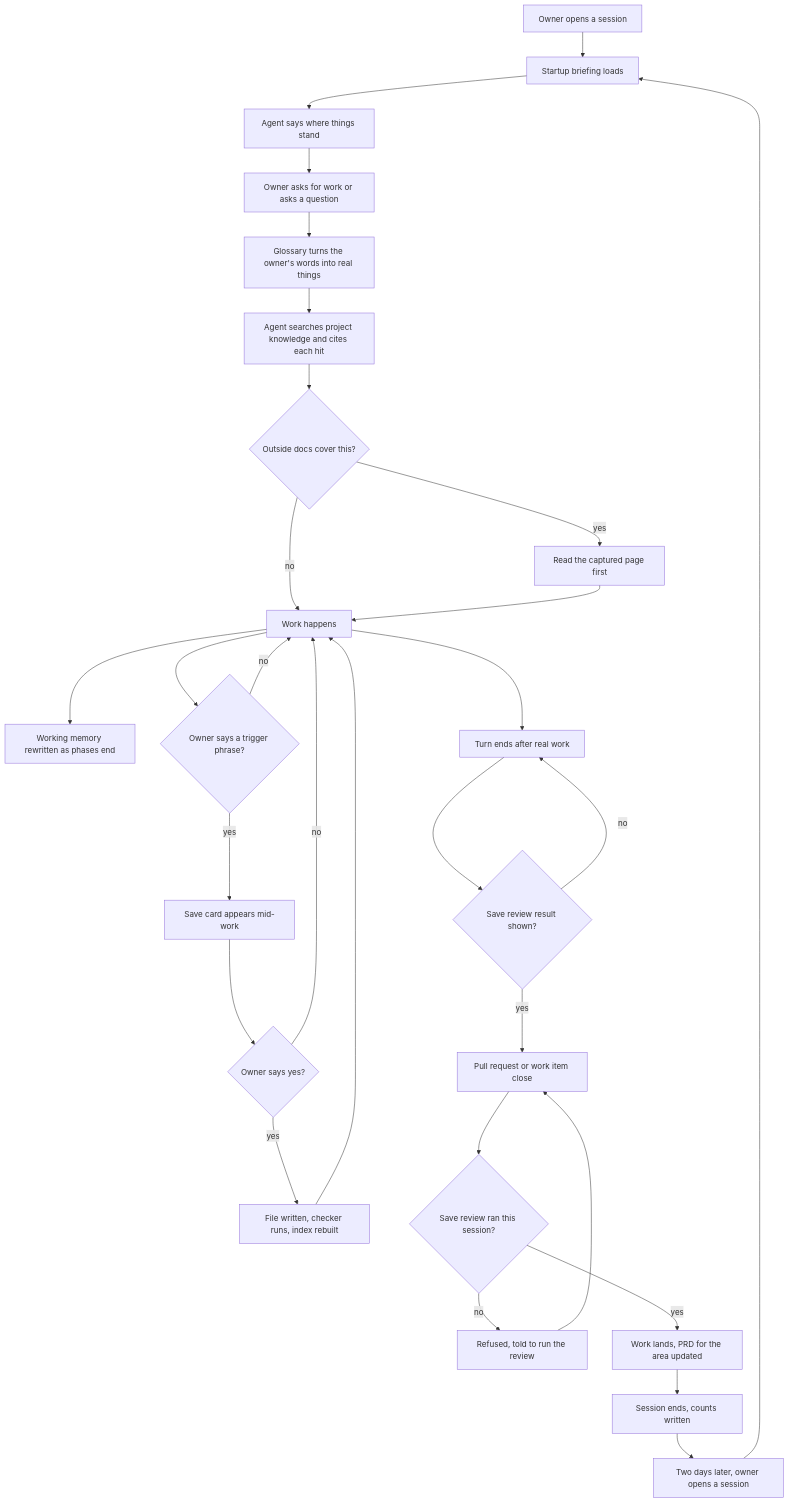
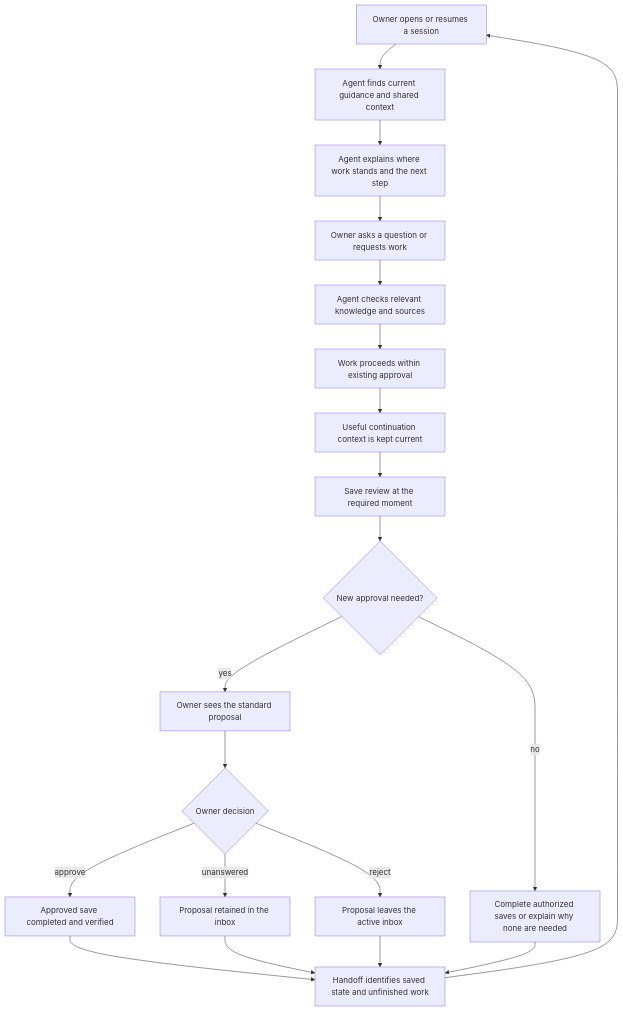
One commit to Mar5929/claude-toolkit changed the diagram in knowledge/prds/knowledge-system.md. Above: the diagram before and after it, drawn with Mermaid. The commit also changed other lines of this file and 3 other files, not shown here.

````diff
--- a/knowledge/prds/knowledge-system.md
+++ b/knowledge/prds/knowledge-system.md
@@ -137,31 +134,22 @@
 ```mermaid
 flowchart TD
-    A[Owner opens a session] --> B[Startup briefing loads]
-    B --> C[Agent says where things stand]
-    C --> D[Owner asks for work or asks a question]
-    D --> E[Glossary turns the owner's words into real things]
-    E --> F[Agent searches project knowledge and cites each hit]
-    F --> G{Outside docs cover this?}
-    G -- yes --> H[Read the captured page first]
-    G -- no --> I
-    H --> I[Work happens]
-    I --> J[Working memory rewritten as phases end]
-    I --> K{Owner says a trigger phrase?}
-    K -- yes --> L[Save card appears mid-work]
-    L --> M{Owner says yes?}
-    M -- yes --> N[File written, checker runs, index rebuilt]
-    M -- no --> I
-    N --> I
-    K -- no --> I
-    I --> O[Turn ends after real work]
-    O --> P{Save review result shown?}
-    P -- no --> O
-    P -- yes --> Q[Pull request or work item close]
-    Q --> R{Save review ran this session?}
-    R -- no --> S[Refused, told to run the review]
-    S --> Q
-    R -- yes --> T[Work lands, PRD for the area updated]
-    T --> U[Session ends, counts written]
-    U --> V[Two days later, owner opens a session]
-    V --> B
+    A[Owner opens or resumes a session] --> B[Agent finds current guidance and shared context]
+    B --> C[Agent explains where work stands and the next step]
+    C --> D[Owner asks a question or requests work]
+    D --> E[Agent checks relevant knowledge and sources]
+    E --> F[Work proceeds within existing approval]
+    F --> G[Useful continuation context is kept current]
+    G --> H[Save review at the required moment]
+    H --> I{New approval needed?}
+    I -- yes --> J[Owner sees the standard proposal]
+    J --> K{Owner decision}
+    K -- approve --> L[Approved save completed and verified]
+    K -- unanswered --> M[Proposal retained in the inbox]
+    K -- reject --> N[Proposal leaves the active inbox]
+    I -- no --> O[Complete authorized saves or explain why none are needed]
+    L --> P[Handoff identifies saved state and unfinished work]
+    M --> P
+    N --> P
+    O --> P
+    P --> A
 ```
````
